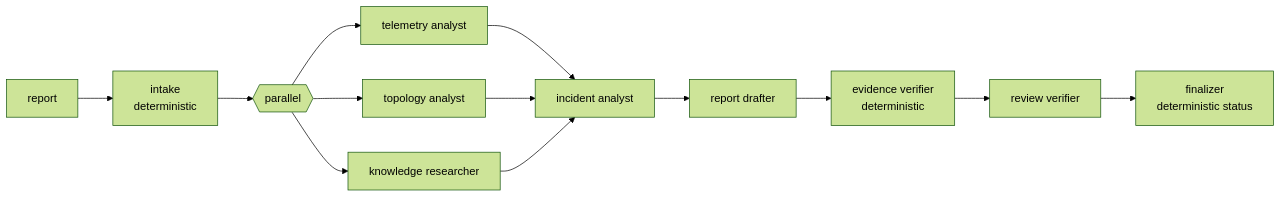
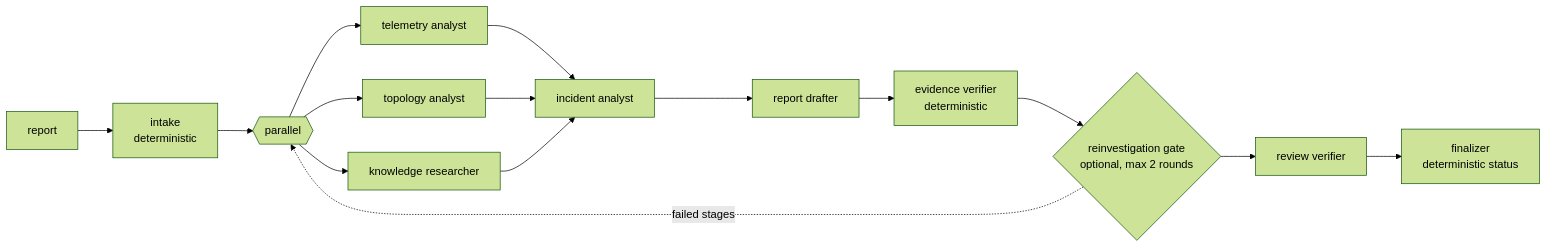
The first of 2 diagrams in README.md (AshraHossain/agent-system), drawn with Mermaid (forest theme) before and after one commit. The commit also changed other lines of this file and 3 other files, not shown here.

First line of the commit message:
docs: refresh README pipeline graph and PlateWatch section

````diff
--- a/README.md
+++ b/README.md
@@ -52,13 +52,15 @@
 ```mermaid
 graph LR
   R[report] --> I[intake<br/>deterministic]
   I --> P{{parallel}}
   P --> T[telemetry analyst]
   P --> N[topology analyst]
   P --> K[knowledge researcher]
   T & N & K --> A[incident analyst]
   A --> D[report drafter]
   D --> V[evidence verifier<br/>deterministic]
-  V --> L[review verifier]
+  V --> G{reinvestigation gate<br/>optional, max 2 rounds}
+  G -. failed stages .-> P
+  G --> L[review verifier]
   L --> F[finalizer<br/>deterministic status]
 ```
````
